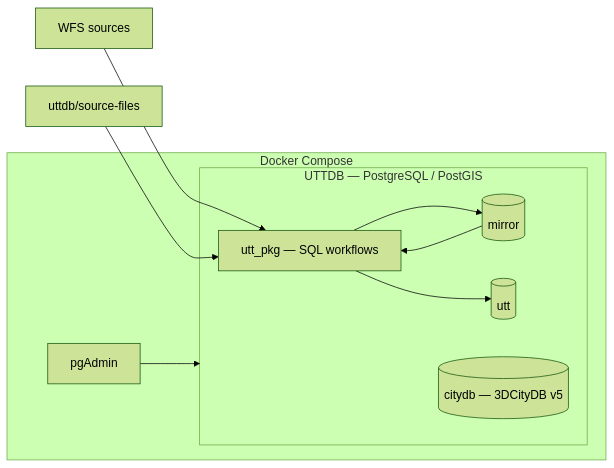
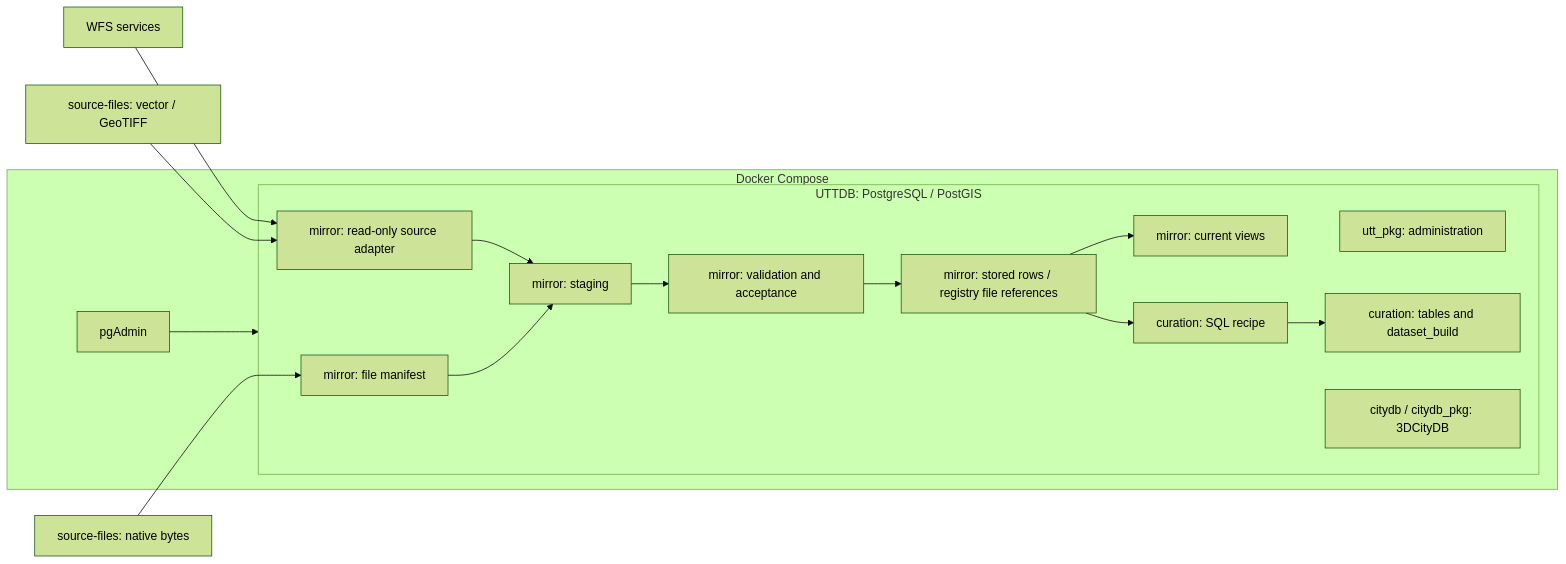
One commit to UdK-VPT/UrbanTwin-Toolbox changed the first of 2 diagrams in docs/architecture.md. Above: the diagram before and after it, drawn with Mermaid (forest theme). The commit also changed other lines of this file and 19 other files, not shown here.

First line of the commit message:
Establish UTT core infrastructure with versioned source mirror

````diff
--- a/docs/architecture.md
+++ b/docs/architecture.md
@@ -6,19 +28,20 @@
 ```mermaid
 flowchart LR
-  wfs[WFS sources] --> pkg
-  files["uttdb/source-files"] --> pkg
-
+  wfs[WFS services] --> adapter
+  files["source-files: vector / GeoTIFF"] --> adapter
+  native["source-files: native bytes"] --> manifest
   subgraph stack[Docker Compose]
-    pgadmin[pgAdmin]
-    subgraph db[UTTDB — PostgreSQL / PostGIS]
-      pkg["utt_pkg — SQL workflows"]
-      mirror[(mirror)]
-      utt[(utt)]
-      citydb[(citydb — 3DCityDB v5)]
-      pkg --> mirror
-      mirror --> pkg
-      pkg --> utt
+    pgadmin[pgAdmin] --> db
+    subgraph db[UTTDB: PostgreSQL / PostGIS]
+      admin[utt_pkg: administration]
+      adapter[mirror: read-only source adapter] --> stage[mirror: staging]
+      manifest[mirror: file manifest] --> stage
+      stage --> accept[mirror: validation and acceptance]
+      accept --> history[mirror: stored rows / registry file references]
+      history --> current[mirror: current views]
+      history --> recipe[curation: SQL recipe]
+      recipe --> output[curation: tables and dataset_build]
+      citydb[citydb / citydb_pkg: 3DCityDB]
     end
-    pgadmin --> db
   end
 ```
````
